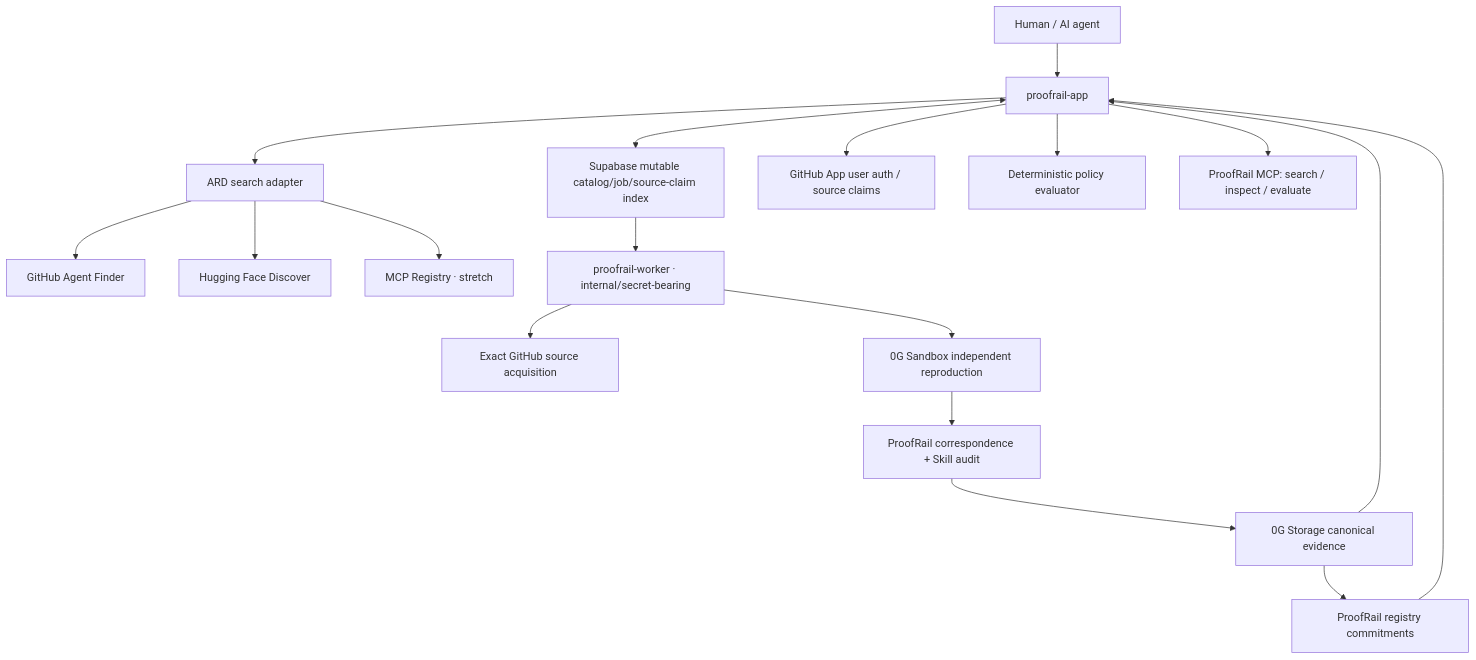
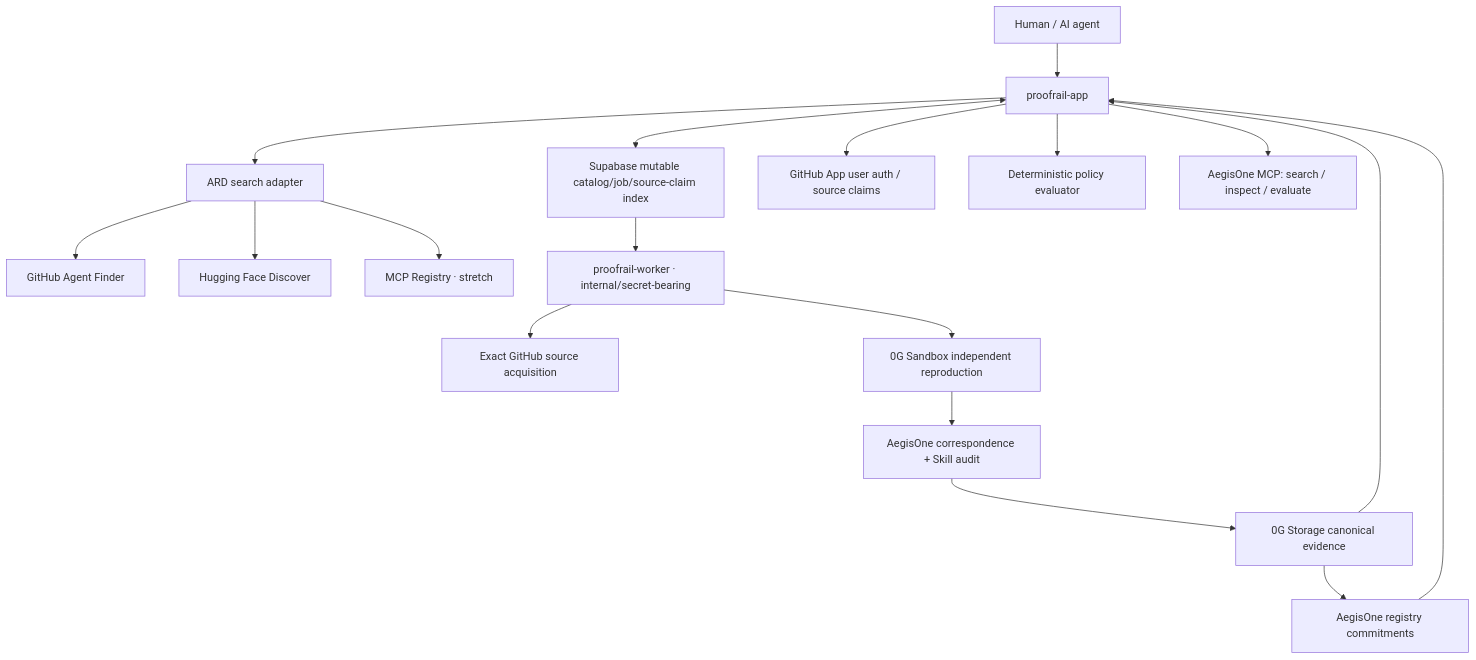
One commit to Ollie202/aegisone changed the second of 2 diagrams in docs/03-architecture.md. Above: the diagram before and after it, drawn with Mermaid. The commit also changed other lines of this file and 201 other files, not shown here.

First line of the commit message:
chore: rebrand ProofRail to AegisOne

````diff
--- a/docs/03-architecture.md
+++ b/docs/03-architecture.md
@@ -41,20 +41,20 @@
 ```mermaid
 flowchart TD
   U["Human / AI agent"] --> A["proofrail-app"]
   A --> ARD["ARD search adapter"]
   ARD --> AF["GitHub Agent Finder"]
   ARD --> HF["Hugging Face Discover"]
   ARD --> MR["MCP Registry · stretch"]
   A <--> S["Supabase mutable catalog/job/source-claim index"]
   A --> GH["GitHub App user auth / source claims"]
   A --> POL["Deterministic policy evaluator"]
-  A --> MCP["ProofRail MCP: search / inspect / evaluate"]
+  A --> MCP["AegisOne MCP: search / inspect / evaluate"]
   S --> W["proofrail-worker · internal/secret-bearing"]
   W --> SRC["Exact GitHub source acquisition"]
   W --> Z["0G Sandbox independent reproduction"]
-  Z --> C["ProofRail correspondence + Skill audit"]
+  Z --> C["AegisOne correspondence + Skill audit"]
   C --> O["0G Storage canonical evidence"]
-  O --> R["ProofRail registry commitments"]
+  O --> R["AegisOne registry commitments"]
   O --> A
   R --> A
 ```
````
